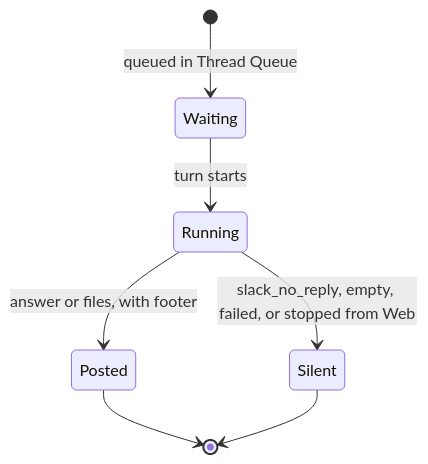
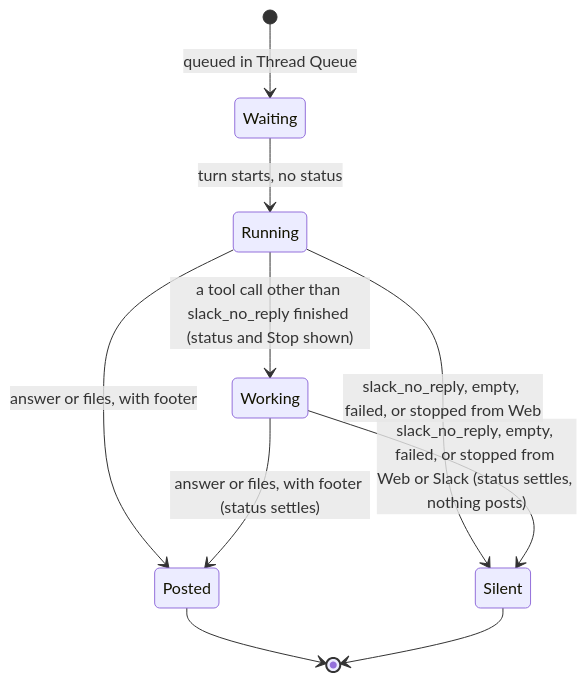
One commit to Rocketable/platform changed the third of 3 diagrams in docs/verification/slack-sticky/README.md. Above: the diagram before and after it, drawn with Mermaid. The commit also changed other lines of this file and 20 other files, not shown here.

First line of the commit message:
internal/rocketclaw: show Slack status once an ambient turn starts working

````diff
--- a/docs/verification/slack-sticky/README.md
+++ b/docs/verification/slack-sticky/README.md
@@ -427,10 +437,13 @@
 ```mermaid
 stateDiagram-v2
     direction TB
     [*] --> Waiting: queued in Thread Queue
-    Waiting --> Running: turn starts
+    Waiting --> Running: turn starts, no status
+    Running --> Working: a tool call other than slack_no_reply finished (status and Stop shown)
     Running --> Posted: answer or files, with footer
     Running --> Silent: slack_no_reply, empty, failed, or stopped from Web
+    Working --> Posted: answer or files, with footer (status settles)
+    Working --> Silent: slack_no_reply, empty, failed, or stopped from Web or Slack (status settles, nothing posts)
     Posted --> [*]
     Silent --> [*]
 ```
````
